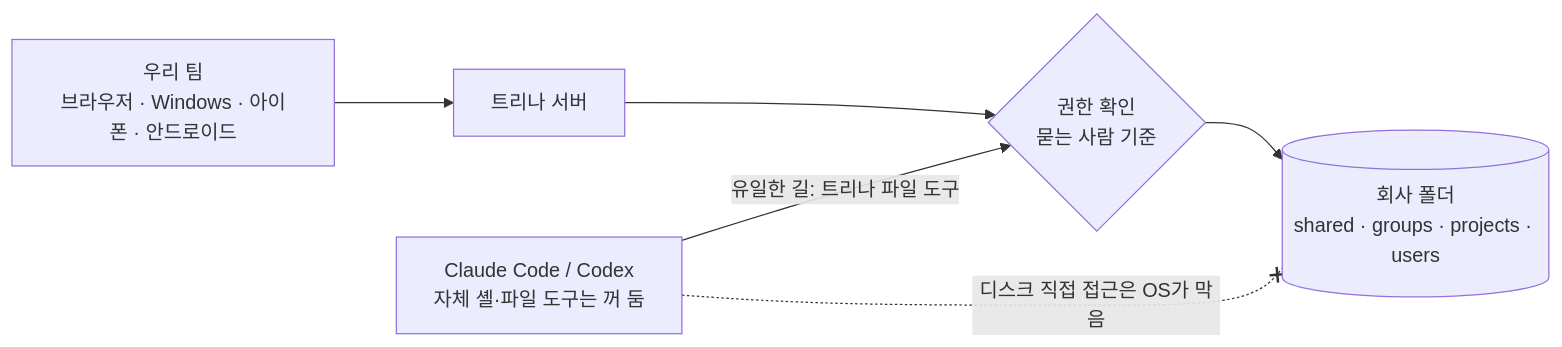
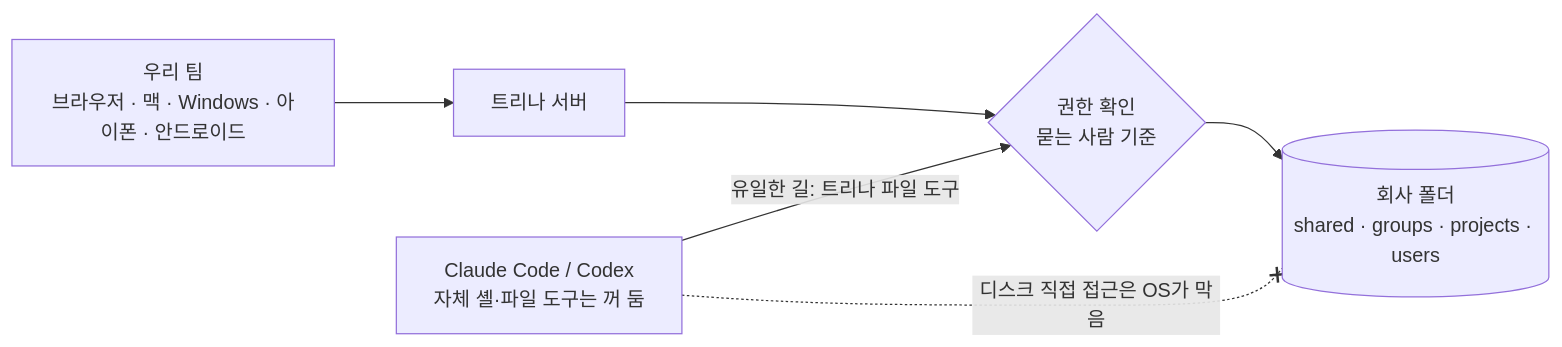
One commit to trina-app/trina-ax changed the diagram in README.ko.md. Above: the diagram before and after it, drawn with Mermaid. The commit also changed other lines of this file and 8 other files, not shown here.

````diff
--- a/README.ko.md
+++ b/README.ko.md
@@ -77,8 +152,8 @@
 ```mermaid
 flowchart LR
-  P["우리 팀<br/>브라우저 · Windows · 아이폰 · 안드로이드"] --> S["트리나 서버"]
+  P["우리 팀<br/>브라우저 · 맥 · Windows · 아이폰 · 안드로이드"] --> S["트리나 서버"]
   E["Claude Code / Codex<br/>자체 셸·파일 도구는 꺼 둠"] -->|"유일한 길: 트리나 파일 도구"| C{"권한 확인<br/>묻는 사람 기준"}
   S --> C
   C --> D[("회사 폴더<br/>shared · groups · projects · users")]
   E -. "디스크 직접 접근은 OS가 막음" .-x D
 ```
````
